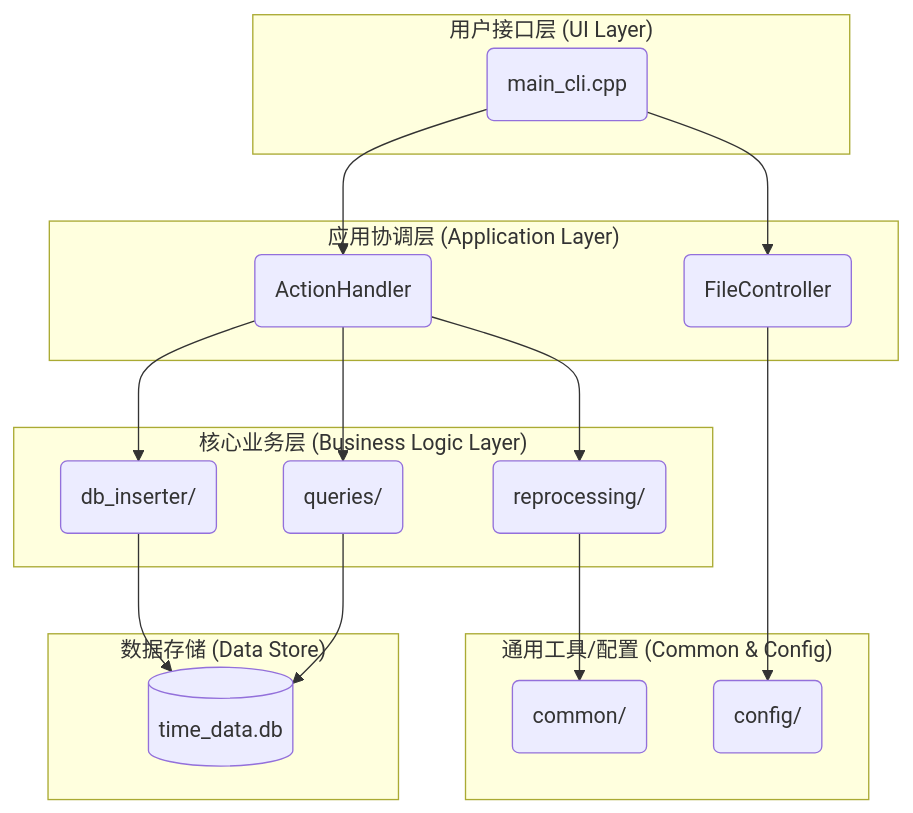
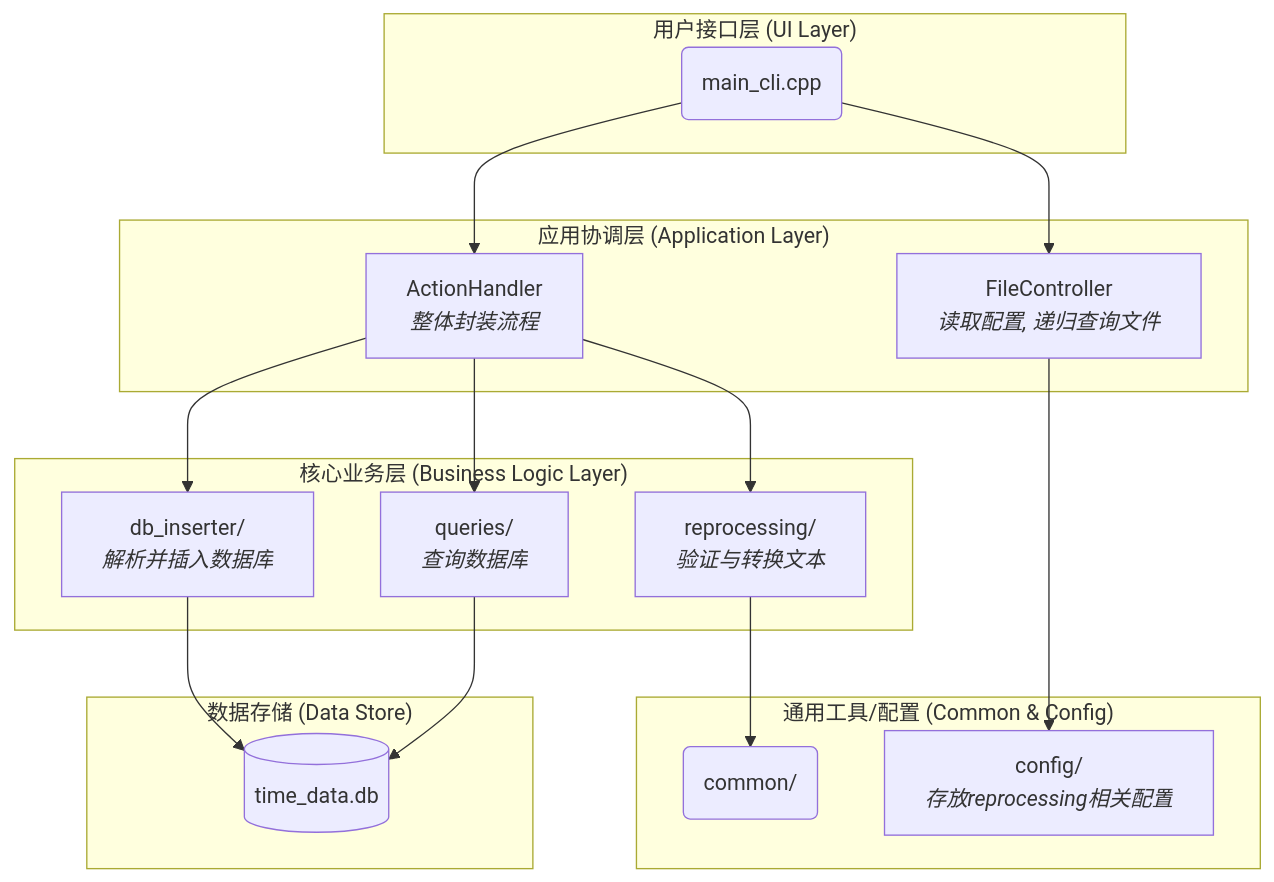
The diagram in README.md (camellia2077/Time_Master_cpp), drawn with Mermaid before and after one commit. The commit also changed other lines of this file, not shown here.

````diff
--- a/README.md
+++ b/README.md
@@ -119,36 +112,42 @@
 ```mermaid
 graph TD
     subgraph "用户接口层 (UI Layer)"
         CLI(main_cli.cpp)
     end
 
     subgraph "应用协调层 (Application Layer)"
-        Action(ActionHandler)
-        File(FileController)
+        %% ActionHandler: 整体封装流程
+        Action["ActionHandler<br/><i>整体封装流程</i>"]
+        %% FileController是用于reprocessing读取配置和递归查询文件
+        File["FileController<br/><i>读取配置, 递归查询文件</i>"]
     end
 
     subgraph "核心业务层 (Business Logic Layer)"
-        Reproc(reprocessing/)
-        DBInsert(db_inserter/)
-        Query(queries/)
+        %% reprocessing/是验证并且转换文本
+        Reproc["reprocessing/<br/><i>验证与转换文本</i>"]
+        %% db_inserter/是解析并且插入数据库
+        DBInsert["db_inserter/<br/><i>解析并插入数据库</i>"]
+        %% queries/是查询数据库
+        Query["queries/<br/><i>查询数据库</i>"]
     end
 
     subgraph "通用工具/配置 (Common & Config)"
         Common(common/)
-        Config(config/)
+        %% config/: 用于存放reprocessing相关配置
+        Config["config/<br/><i>存放reprocessing相关配置</i>"]
     end
     
     subgraph "数据存储 (Data Store)"
         DB[(time_data.db)]
     end
 
     CLI --> File
     CLI --> Action
     Action --> Reproc
     Action --> DBInsert
     Action --> Query
     File --> Config
     Reproc --> Common
     DBInsert --> DB
     Query --> DB
 ```
````
